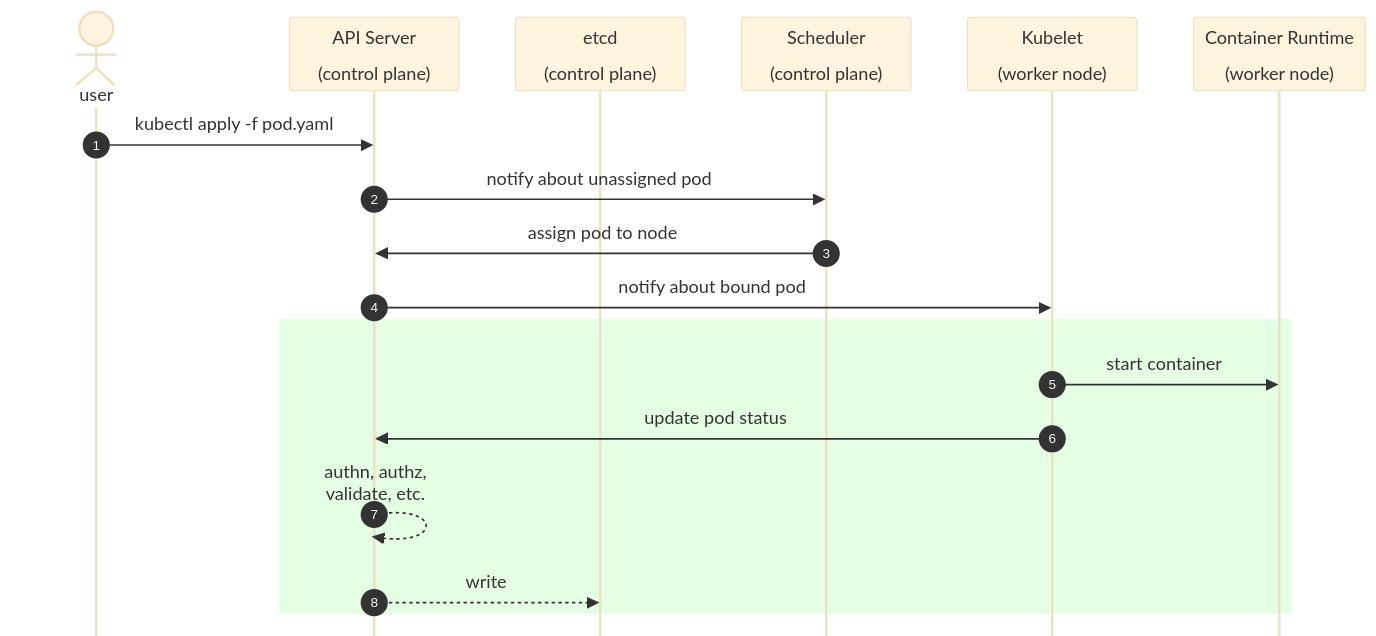
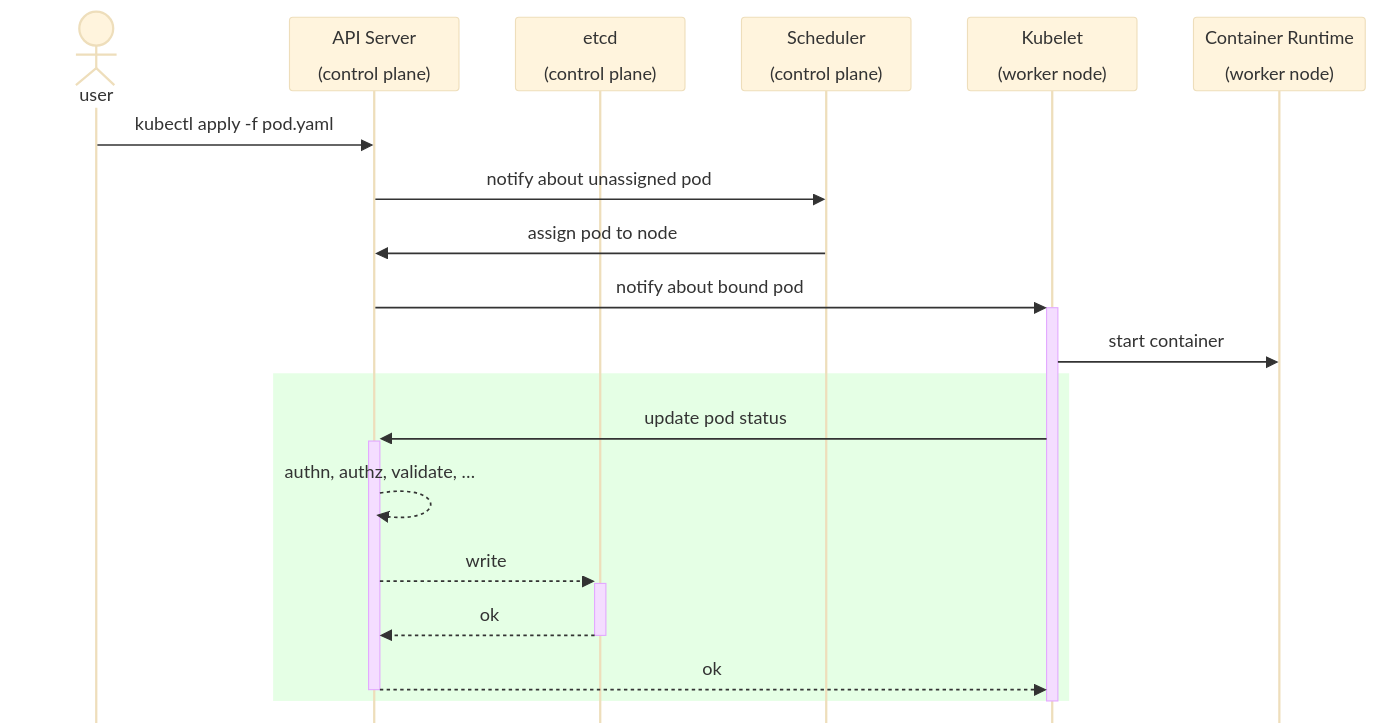
One commit to ndrpnt/slides changed diagram 14 of 19 in tlak/slides.md. Above: the diagram before and after it, drawn with Mermaid (base theme). The commit also changed other lines of this file, not shown here.

````diff
--- a/tlak/slides.md
+++ b/tlak/slides.md
@@ -656,21 +705,24 @@
 ```mermaid {scale: 0.66}
-%%{init:{"mirrorActors": false, "showSequenceNumbers": true}}%%
+%%{init:{"mirrorActors": false}}%%
 sequenceDiagram
     actor user
     participant api as API Server<br><br>(control plane)
     participant etcd as etcd<br><br>(control plane)
     participant scheduler as Scheduler<br><br>(control plane)
     participant kubelet as Kubelet<br><br>(worker node)
     participant runtime as Container Runtime<br><br>(worker node)
 
     user->>api: kubectl apply -f pod.yaml
     api->>scheduler: notify about unassigned pod
     scheduler->>api: assign pod to node
-    api->>kubelet: notify about bound pod
+    api->>+kubelet: notify about bound pod
+    kubelet->>runtime: start container
     rect rgba(0, 255, 0, .1)
-      kubelet->>runtime: start container
-      kubelet->>api: update pod status
-      api-->>api: authn, authz,<br>validate, etc.
-      api-->>etcd: write
+      kubelet->>+api: update pod status
+      api-->>api: authn, authz, validate, …
+      api-->>+etcd: write
+      etcd-->>-api: ok
+      api-->>-kubelet: ok
     end
+    deactivate kubelet
 ```
````
